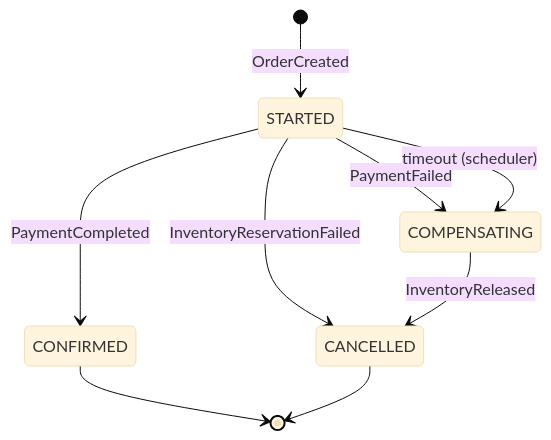
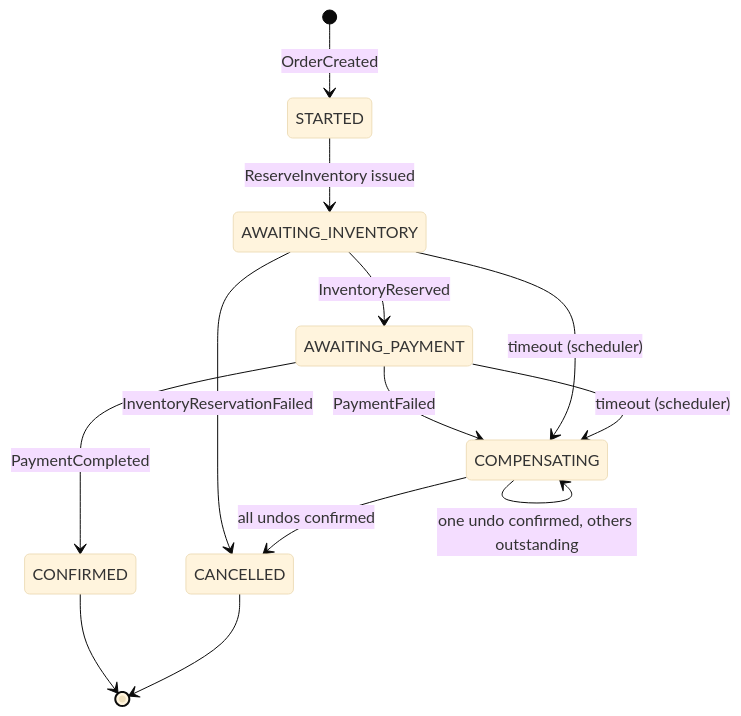
One commit to MohammadAnas-07/saga-fulfillment-engine changed the diagram in ARCHITECTURE.md. Above: the diagram before and after it, drawn with Mermaid (base theme). The commit also changed other lines of this file and 21 other files, not shown here.

````diff
--- a/ARCHITECTURE.md
+++ b/ARCHITECTURE.md
@@ -234,11 +241,15 @@
 ```mermaid
 stateDiagram-v2
     [*] --> STARTED : OrderCreated
-    STARTED --> CANCELLED : InventoryReservationFailed
-    STARTED --> CONFIRMED : PaymentCompleted
-    STARTED --> COMPENSATING : PaymentFailed
-    STARTED --> COMPENSATING : timeout (scheduler)
-    COMPENSATING --> CANCELLED : InventoryReleased
+    STARTED --> AWAITING_INVENTORY : ReserveInventory issued
+    AWAITING_INVENTORY --> CANCELLED : InventoryReservationFailed
+    AWAITING_INVENTORY --> AWAITING_PAYMENT : InventoryReserved
+    AWAITING_PAYMENT --> CONFIRMED : PaymentCompleted
+    AWAITING_PAYMENT --> COMPENSATING : PaymentFailed
+    AWAITING_INVENTORY --> COMPENSATING : timeout (scheduler)
+    AWAITING_PAYMENT --> COMPENSATING : timeout (scheduler)
+    COMPENSATING --> COMPENSATING : one undo confirmed, others outstanding
+    COMPENSATING --> CANCELLED : all undos confirmed
     CONFIRMED --> [*]
     CANCELLED --> [*]
 ```
````
